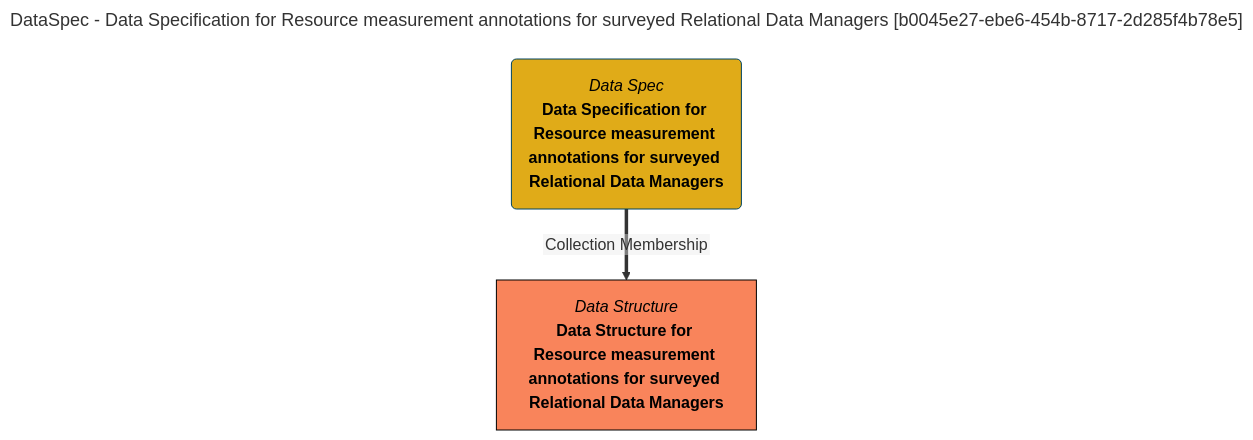
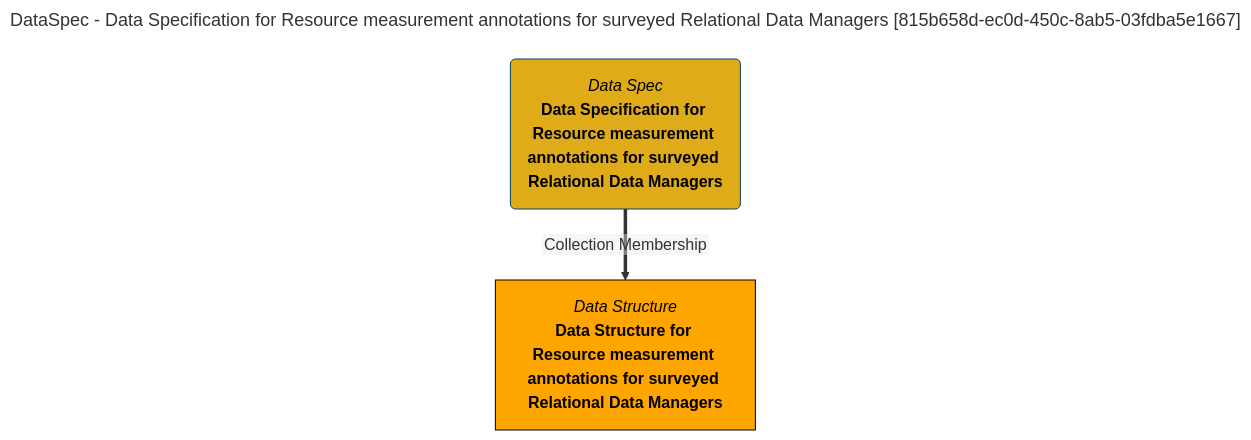
Before and after one commit to odpi/egeria-docs: the diagram in site/snippets/collections/data-specs/data-specification-for-resource-measurement-annotations-for-surveyed-relational-data-managers-mermaid-graph.md, drawn with Mermaid. The commit also changed 2201 other files, not shown here.

````diff
--- a/site/snippets/collections/data-specs/data-specification-for-resource-measurement-annotations-for-surveyed-relational-data-managers-mermaid-graph.md
+++ b/site/snippets/collections/data-specs/data-specification-for-resource-measurement-annotations-for-surveyed-relational-data-managers-mermaid-graph.md
@@ -1,15 +1,15 @@
 ```mermaid
 ---
-title: DataSpec - Data Specification for Resource measurement annotations for surveyed Relational Data Managers [b0045e27-ebe6-454b-8717-2d285f4b78e5]
+title: DataSpec - Data Specification for Resource measurement annotations for surveyed Relational Data Managers [815b658d-ec0d-450c-8ab5-03fdba5e1667]
 ---
 flowchart TD
 %%{init: {"flowchart": {"htmlLabels": false}} }%%
 
 1@{ shape: rounded, label: "*Data Spec*
 **Data Specification for Resource measurement annotations for surveyed Relational Data Managers**"}
 2@{ shape: rect, label: "*Data Structure*
 **Data Structure for Resource measurement annotations for surveyed Relational Data Managers**"}
 1==>|"Collection Membership"|2
 style 1 color:#000000, fill:#e0ab18, stroke:#004563
-style 2 color:#000000, fill:#f9845b, stroke:#000000
+style 2 color:#000000, fill:#FFA500, stroke:#000000
 ```
````
